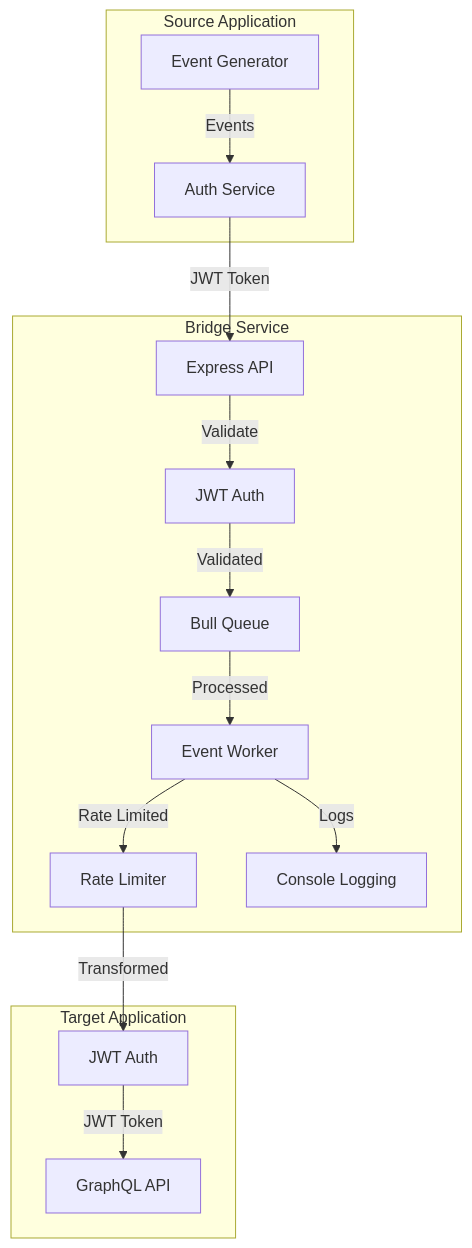
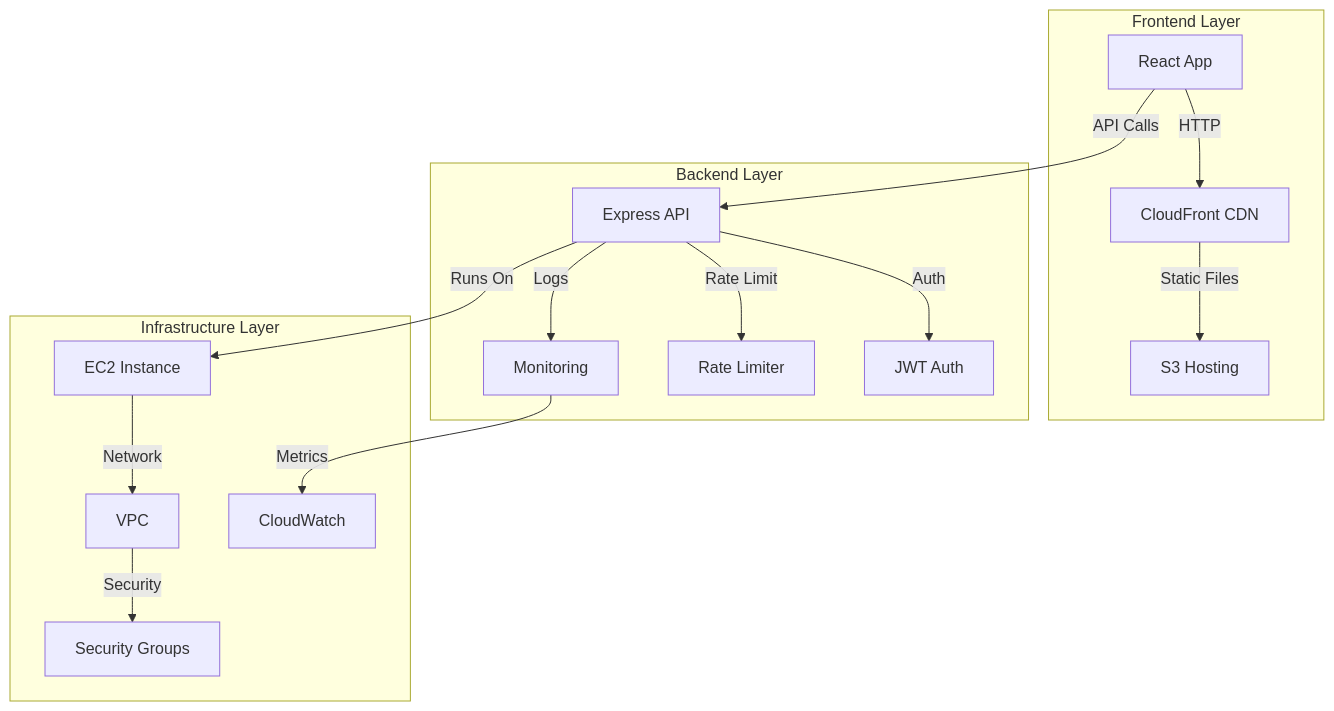
Before and after one commit to kranthi0987/eventdrivensystem: the first of 5 diagrams in docs/architecture.md, drawn with Mermaid. The commit also changed other lines of this file and 3 other files, not shown here.

````diff
--- a/docs/architecture.md
+++ b/docs/architecture.md
@@ -29,31 +30,33 @@
 ```mermaid
 graph TB
-    subgraph Source["Source Application"]
-        SA[Event Generator]
-        Auth[Auth Service]
+    subgraph Frontend["Frontend Layer"]
+        React[React App]
+        S3[S3 Hosting]
+        CloudFront[CloudFront CDN]
     end
     
-    subgraph Bridge["Bridge Service"]
-        API[Express API]
+    subgraph Backend["Backend Layer"]
+        Express[Express API]
         JWT[JWT Auth]
-        Queue[Bull Queue]
-        Worker[Event Worker]
         Rate[Rate Limiter]
-        Monitor[Console Logging]
+        Monitor[Monitoring]
     end
     
-    subgraph Target["Target Application"]
-        TA[GraphQL API]
-        Auth2[JWT Auth]
+    subgraph Infrastructure["Infrastructure Layer"]
+        EC2[EC2 Instance]
+        VPC[VPC]
+        SG[Security Groups]
+        CW[CloudWatch]
     end
     
-    SA -->|Events| Auth
-    Auth -->|JWT Token| API
-    API -->|Validate| JWT
-    JWT -->|Validated| Queue
-    Queue -->|Processed| Worker
-    Worker -->|Rate Limited| Rate
-    Rate -->|Transformed| Auth2
-    Auth2 -->|JWT Token| TA
-    Worker -->|Logs| Monitor
+    React -->|HTTP| CloudFront
+    CloudFront -->|Static Files| S3
+    React -->|API Calls| Express
+    Express -->|Auth| JWT
+    Express -->|Rate Limit| Rate
+    Express -->|Logs| Monitor
+    Express -->|Runs On| EC2
+    EC2 -->|Network| VPC
+    VPC -->|Security| SG
+    Monitor -->|Metrics| CW
 ```
````
